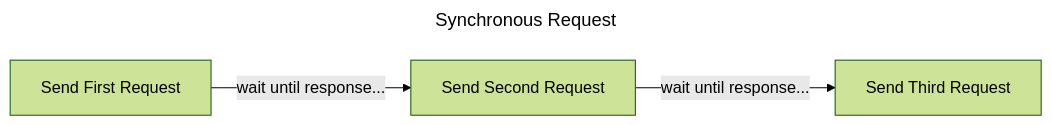
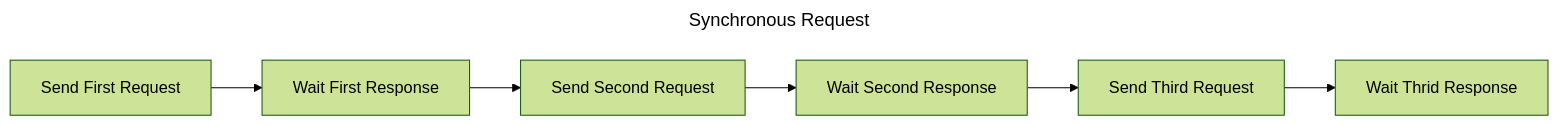
The first of 2 diagrams in README.md (ultrayellow/La-Seine), drawn with Mermaid (forest theme) before and after one commit. The commit also changed other lines of this file, not shown here.

````diff
--- a/README.md
+++ b/README.md
@@ -13,8 +13,8 @@
 ```mermaid
 ---
 title: Synchronous Request
 ---
 flowchart LR
-  R1[Send First Request] -- wait until response... --> R2[Send Second Request] -- wait until response... --> R3[Send Third Request]
+  R1[Send First Request] --> W1[Wait First Response] --> R2[Send Second Request] --> W2[Wait Second Response] --> R3[Send Third Request] --> W3[Wait Thrid Response]
 
 ```
````
